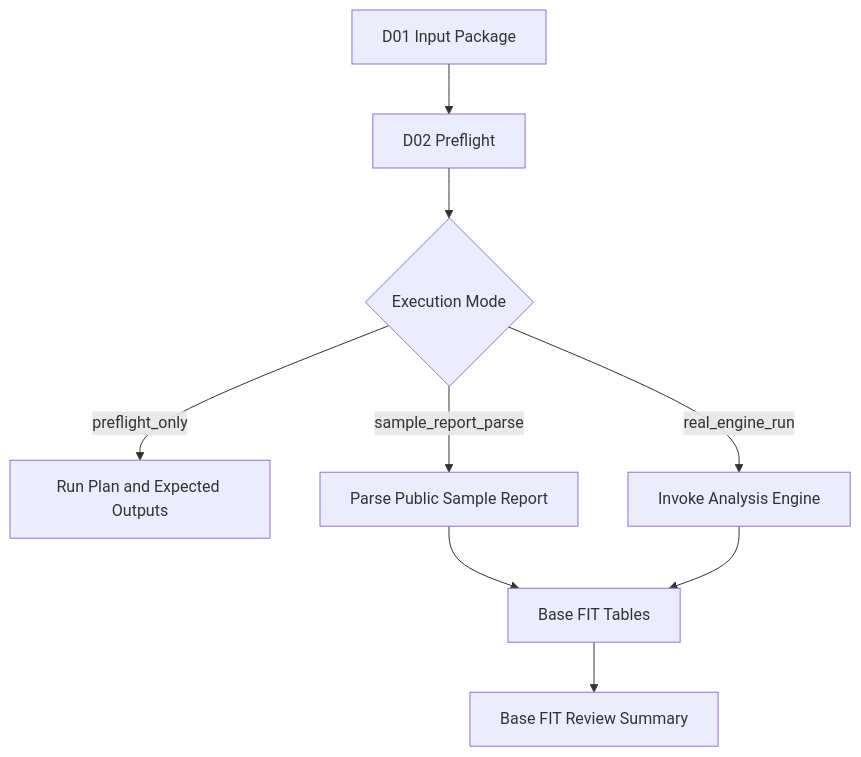
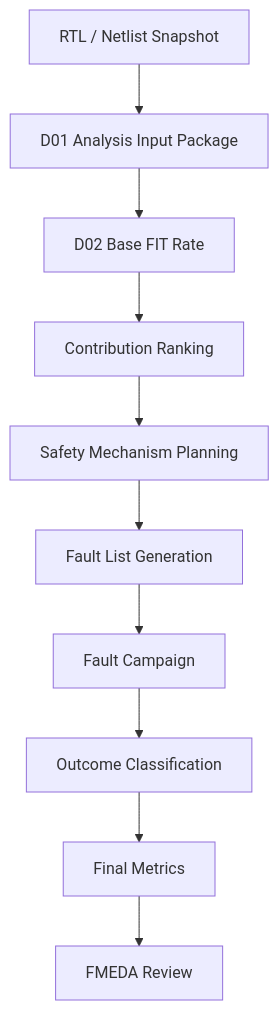
Before and after one commit to qiqixixi1001/automotive-safeic-practice: the second of 4 diagrams in articles/02_automotive_safeic_practice_d02_github_en_generic.md, drawn with Mermaid. The commit also changed other lines of this file, not shown here.

````diff
--- a/articles/02_automotive_safeic_practice_d02_github_en_generic.md
+++ b/articles/02_automotive_safeic_practice_d02_github_en_generic.md
@@ -423,11 +213,12 @@
 ```mermaid
 flowchart TD
-    A[D01 Input Package] --> B[D02 Preflight]
-    B --> C{Execution Mode}
-    C -- preflight_only --> D[Run Plan and Expected Outputs]
-    C -- sample_report_parse --> E[Parse Public Sample Report]
-    C -- real_engine_run --> F[Invoke Analysis Engine]
-    E --> G[Base FIT Tables]
-    F --> G
-    G --> H[Base FIT Review Summary]
+    A[RTL / Netlist Snapshot] --> B[D01 Analysis Input Package]
+    B --> C[D02 Base FIT Rate]
+    C --> D[Contribution Ranking]
+    D --> E[Safety Mechanism Planning]
+    E --> F[Fault List Generation]
+    F --> G[Fault Campaign]
+    G --> H[Outcome Classification]
+    H --> I[Final Metrics]
+    I --> J[FMEDA Review]
 ```
````
